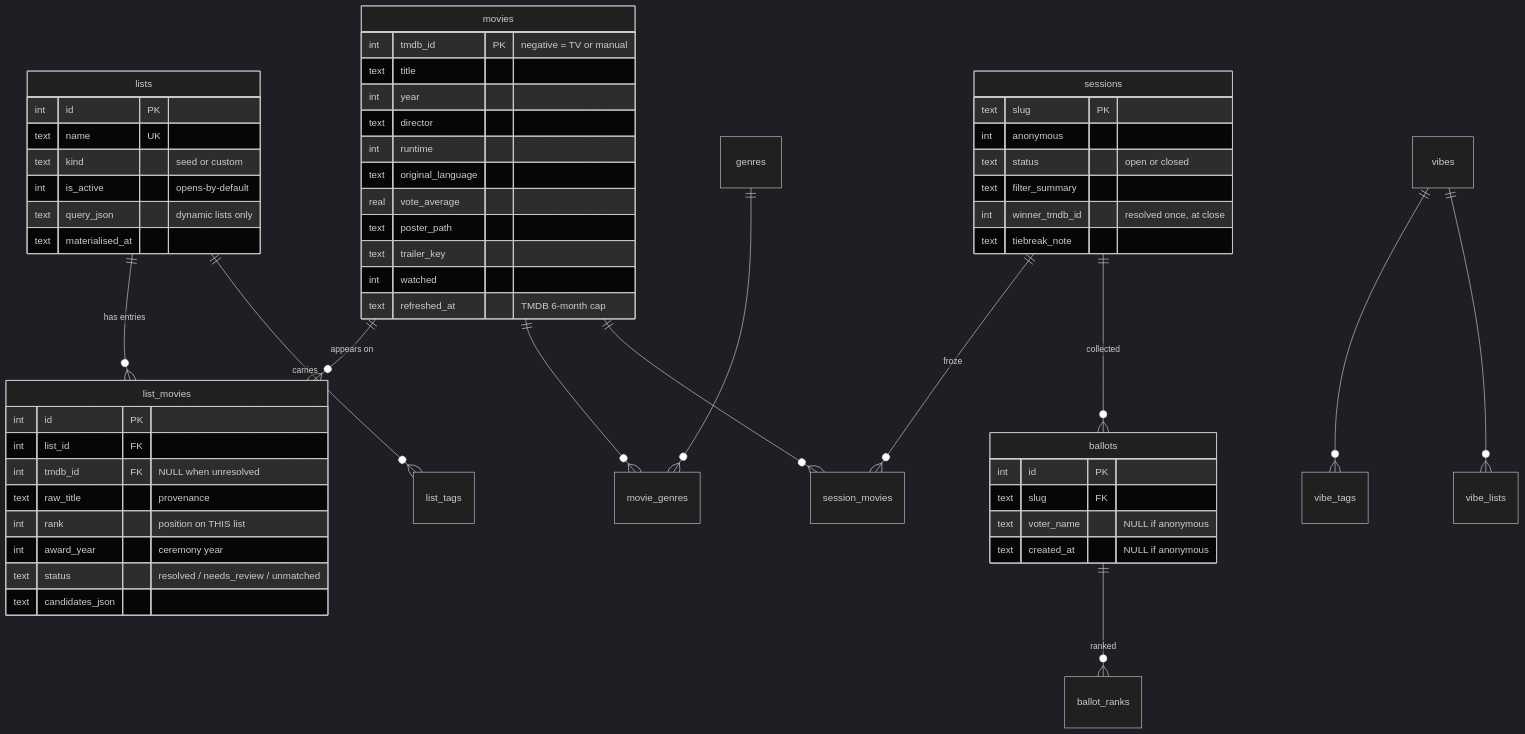
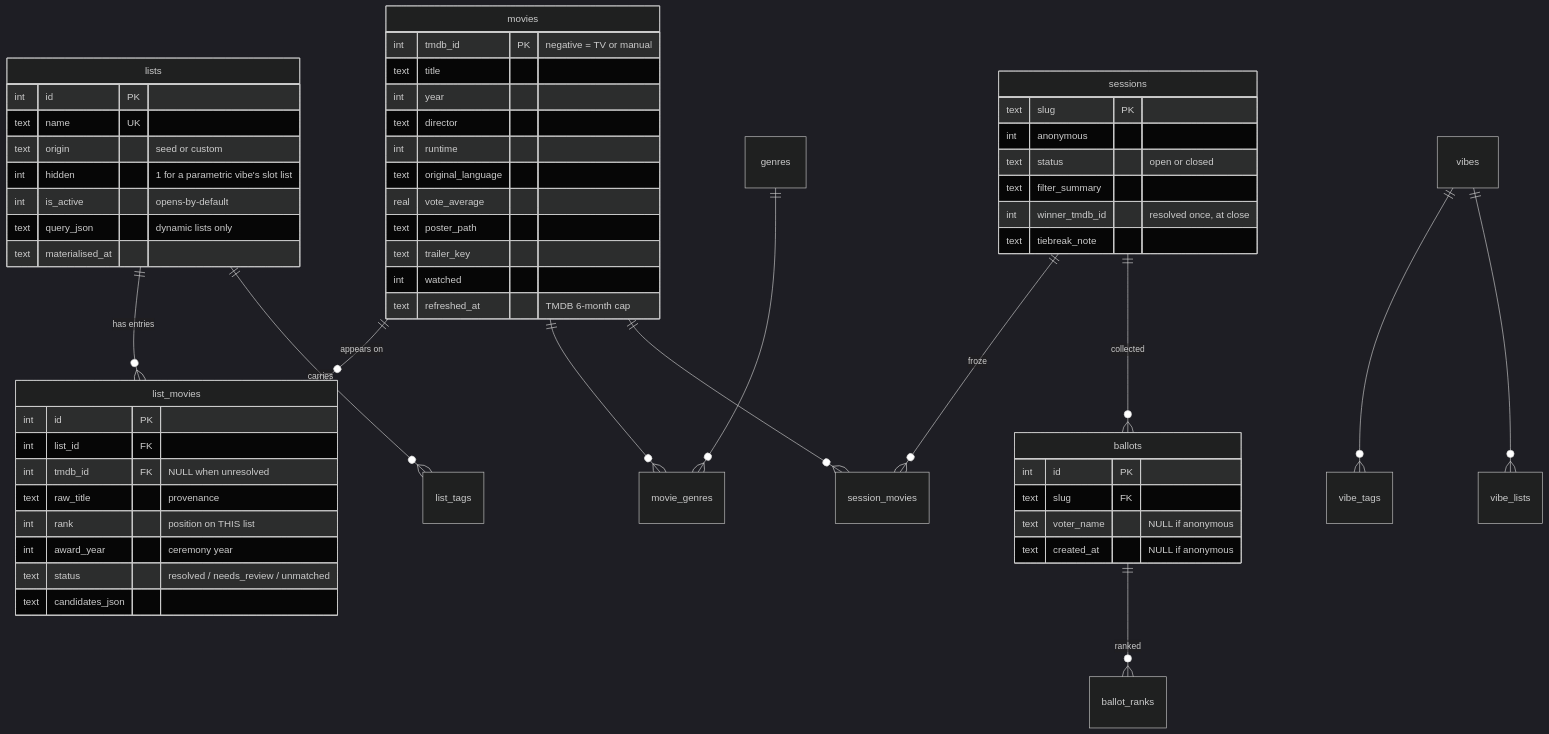
One commit to vronizor/double-feature changed the second of 3 diagrams in ARCHITECTURE.md. Above: the diagram before and after it, drawn with Mermaid (dark theme). The commit also changed other lines of this file and 1 other file, not shown here.

````diff
--- a/ARCHITECTURE.md
+++ b/ARCHITECTURE.md
@@ -174,60 +175,61 @@
 ```mermaid
 erDiagram
     lists      ||--o{ list_movies : "has entries"
     lists      ||--o{ list_tags   : "carries"
     movies     ||--o{ list_movies : "appears on"
     movies     ||--o{ movie_genres : ""
     genres     ||--o{ movie_genres : ""
     sessions   ||--o{ session_movies : "froze"
     sessions   ||--o{ ballots      : "collected"
     ballots    ||--o{ ballot_ranks : "ranked"
     movies     ||--o{ session_movies : ""
     vibes      ||--o{ vibe_tags    : ""
     vibes      ||--o{ vibe_lists   : ""
 
     lists {
         int  id PK
         text name UK
-        text kind "seed or custom"
+        text origin "seed or custom"
+        int hidden "1 for a parametric vibe's slot list"
         int  is_active "opens-by-default"
         text query_json "dynamic lists only"
         text materialised_at
     }
     movies {
         int  tmdb_id PK "negative = TV or manual"
         text title
         int  year
         text director
         int  runtime
         text original_language
         real vote_average
         text poster_path
         text trailer_key
         int  watched
         text refreshed_at "TMDB 6-month cap"
     }
     list_movies {
         int  id PK
         int  list_id FK
         int  tmdb_id FK "NULL when unresolved"
         text raw_title "provenance"
         int  rank "position on THIS list"
         int  award_year "ceremony year"
         text status "resolved / needs_review / unmatched"
         text candidates_json
     }
     sessions {
         text slug PK
         int  anonymous
         text status "open or closed"
         text filter_summary
         int  winner_tmdb_id "resolved once, at close"
         text tiebreak_note
     }
     ballots {
         int  id PK
         text slug FK
         text voter_name "NULL if anonymous"
         text created_at "NULL if anonymous"
     }
 ```
````
